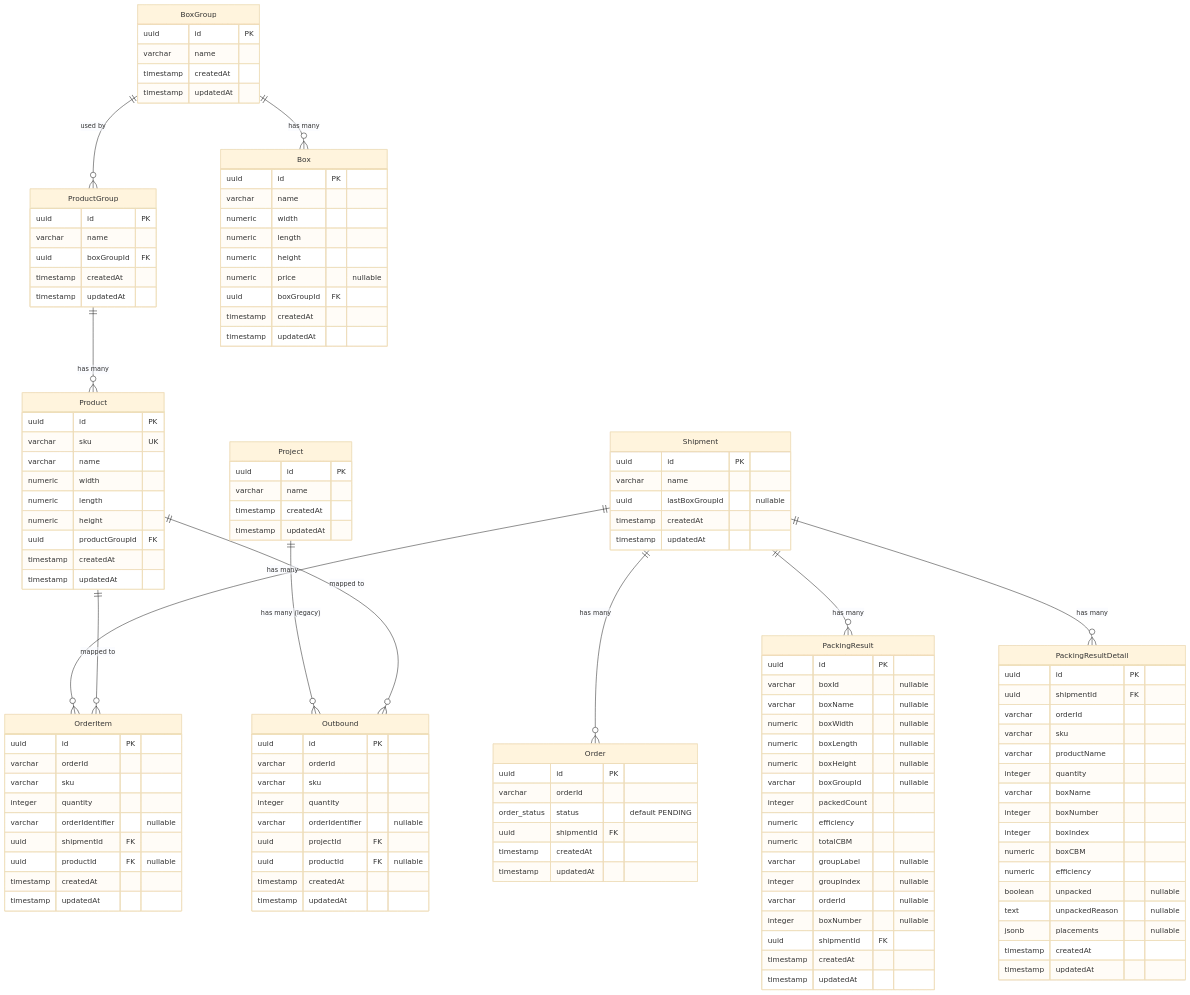
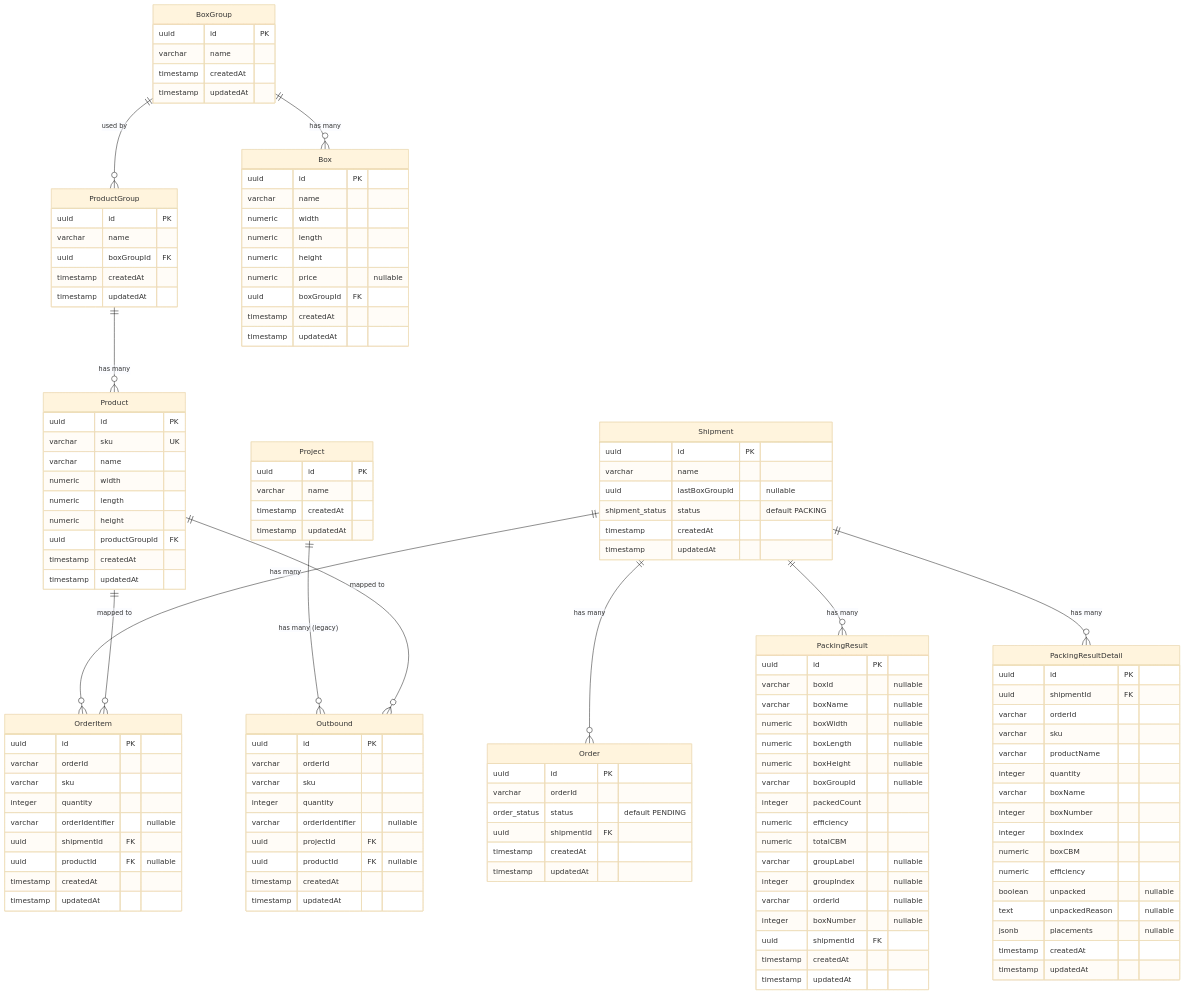
One commit to kangyeop/volume-calculation changed the diagram in docs/db-schema.md. Above: the diagram before and after it, drawn with Mermaid (base theme). The commit also changed other lines of this file and 13 other files, not shown here.

```diff
--- a/docs/db-schema.md
+++ b/docs/db-schema.md
@@ -54,6 +54,7 @@
         uuid id PK
         varchar name
         uuid lastBoxGroupId "nullable"
+        shipment_status status "default PACKING"
         timestamp createdAt
         timestamp updatedAt
     }
```
